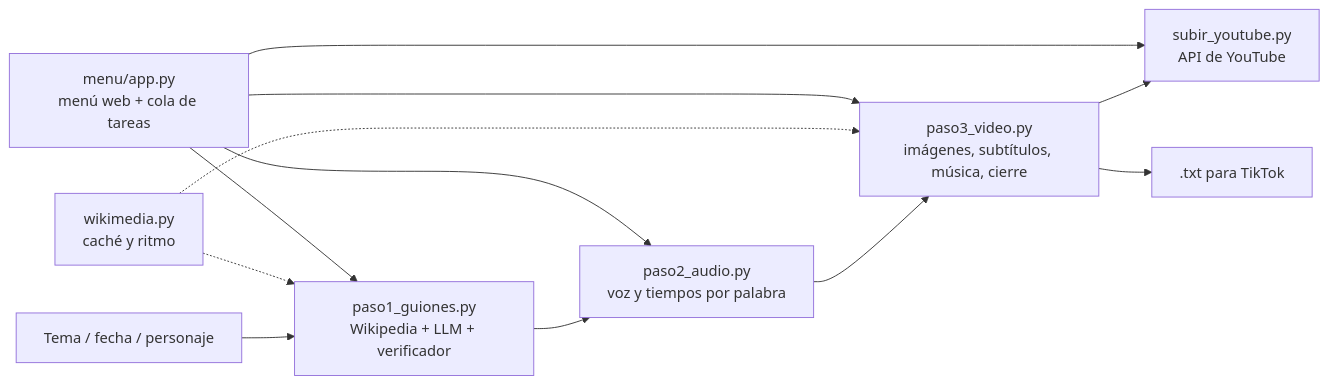
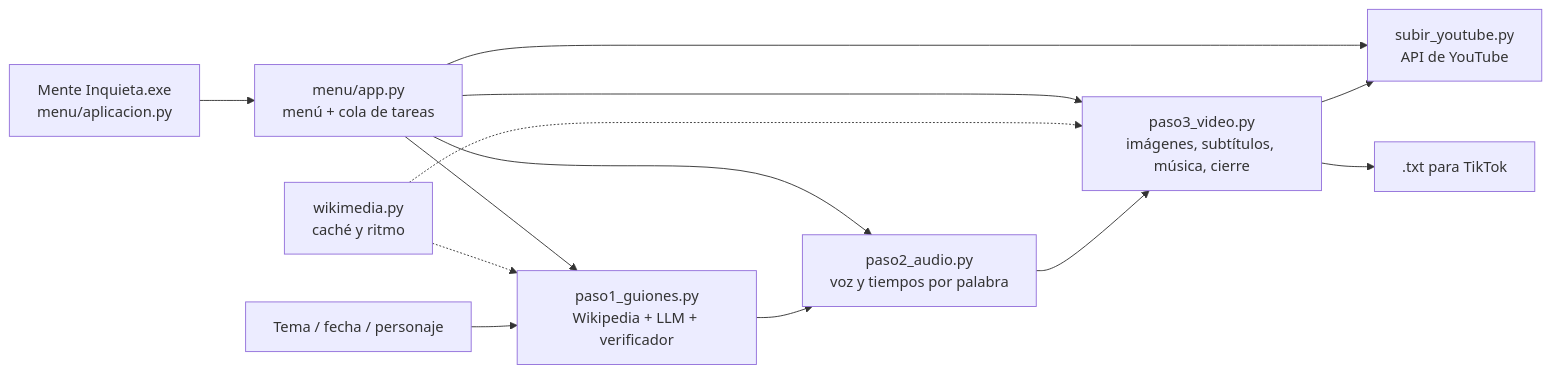
One commit to luukthegoat/pipeline-curiosidades changed the diagram in README.md. Above: the diagram before and after it, drawn with Mermaid. The commit also changed other lines of this file and 8 other files, not shown here.

````diff
--- a/README.md
+++ b/README.md
@@ -51,11 +51,12 @@
 ```mermaid
 flowchart LR
     A[Tema / fecha / personaje] --> B[paso1_guiones.py<br/>Wikipedia + LLM + verificador]
     B --> C[paso2_audio.py<br/>voz y tiempos por palabra]
     C --> D[paso3_video.py<br/>imágenes, subtítulos, música, cierre]
     D --> E[subir_youtube.py<br/>API de YouTube]
     D --> F[.txt para TikTok]
     W[wikimedia.py<br/>caché y ritmo] -.-> B
     W -.-> D
-    M[menu/app.py<br/>menú web + cola de tareas] --> B & C & D & E
+    M[menu/app.py<br/>menú + cola de tareas] --> B & C & D & E
+    X[Mente Inquieta.exe<br/>menu/aplicacion.py] --> M
 ```
````
